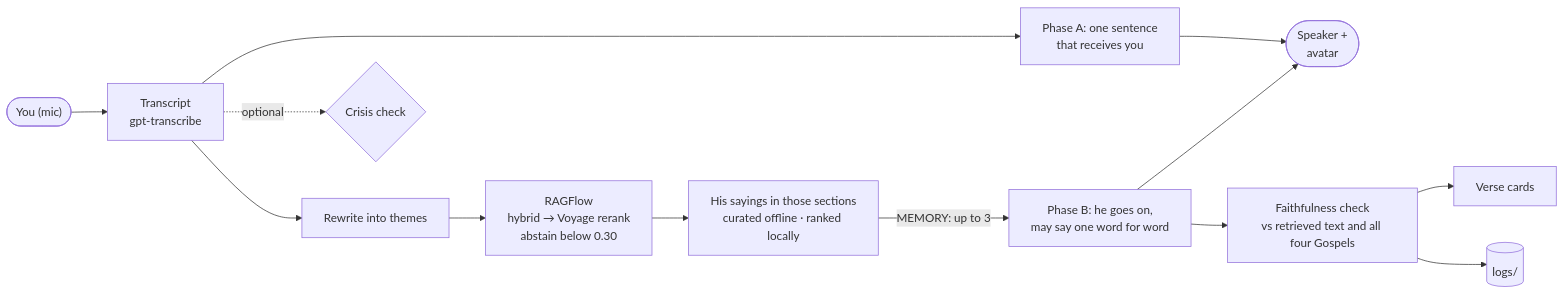
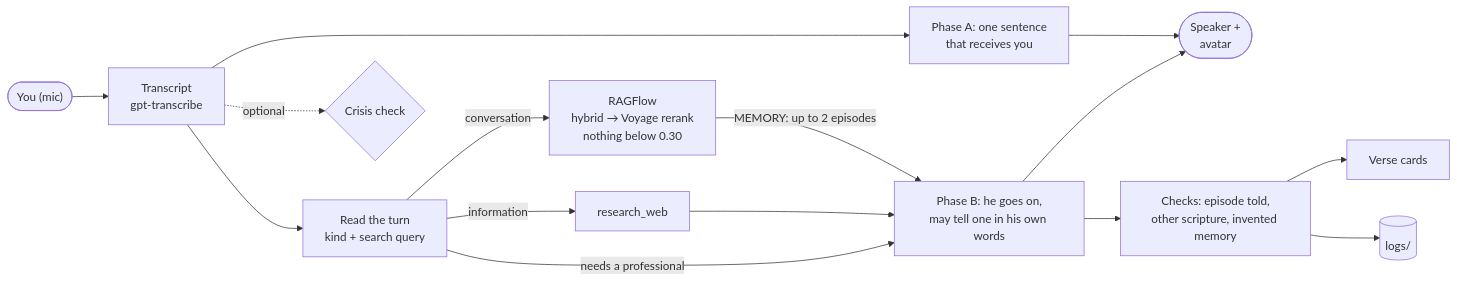
The diagram in README.md (YeChen-coder/JesusSaysHi), drawn with Mermaid before and after one commit. The commit also changed other lines of this file and 17 other files, not shown here.

First line of the commit message:
Persona v3: the Gospels as the memory of his life, episode by episode

````diff
--- a/README.md
+++ b/README.md
@@ -24,15 +25,17 @@
 ```mermaid
 flowchart LR
     you(["You (mic)"]) --> stt["Transcript<br/>gpt-transcribe"]
     stt --> a["Phase A: one sentence<br/>that receives you"]
-    stt --> rw["Rewrite into themes"]
-    rw --> rag["RAGFlow<br/>hybrid → Voyage rerank<br/>abstain below 0.30"]
-    rag --> rank["His sayings in those sections<br/>curated offline · ranked locally"]
-    rank -- "MEMORY: up to 3" --> b["Phase B: he goes on,<br/>may say one word for word"]
+    stt --> rd["Read the turn<br/>kind + search query"]
+    rd -- information --> web["research_web"]
+    rd -- conversation --> rag["RAGFlow<br/>hybrid → Voyage rerank<br/>nothing below 0.30"]
+    rag -- "MEMORY: up to 2 episodes" --> b["Phase B: he goes on,<br/>may tell one in his own words"]
+    web --> b
+    rd -- "needs a professional" --> b
     a --> out(["Speaker +<br/>avatar"])
     b --> out
-    b --> faith["Faithfulness check<br/>vs retrieved text and all four Gospels"]
+    b --> faith["Checks: episode told,<br/>other scripture, invented memory"]
     faith --> cards["Verse cards"]
     faith --> log[("logs/")]
     stt -. optional .-> crisis{"Crisis check"}
 ```
````
